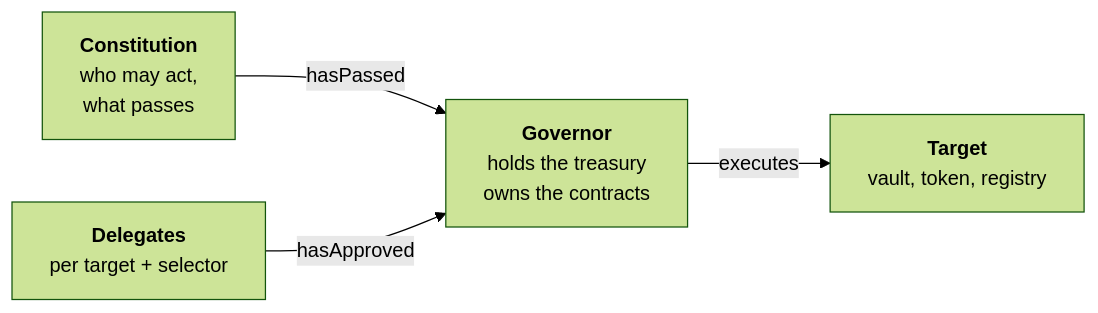
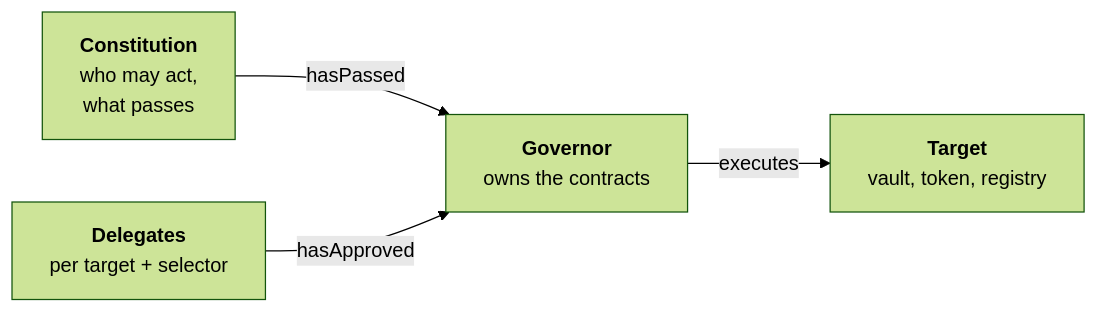
One commit to Chain-Zeeper/rwa-protocol changed the first of 7 diagrams in README.md. Above: the diagram before and after it, drawn with Mermaid (forest theme). The commit also changed other lines of this file and 36 other files, not shown here.

````diff
--- a/README.md
+++ b/README.md
@@ -35,11 +37,11 @@
 ```mermaid
 flowchart LR
     C["<b>Constitution</b><br/>who may act,<br/>what passes"]
     D["<b>Delegates</b><br/>per target + selector"]
-    G["<b>Governor</b><br/>holds the treasury<br/>owns the contracts"]
+    G["<b>Governor</b><br/>owns the contracts"]
     T["<b>Target</b><br/>vault, token, registry"]
 
     C -->|hasPassed| G
     D -->|hasApproved| G
     G -->|executes| T
 ```
````
